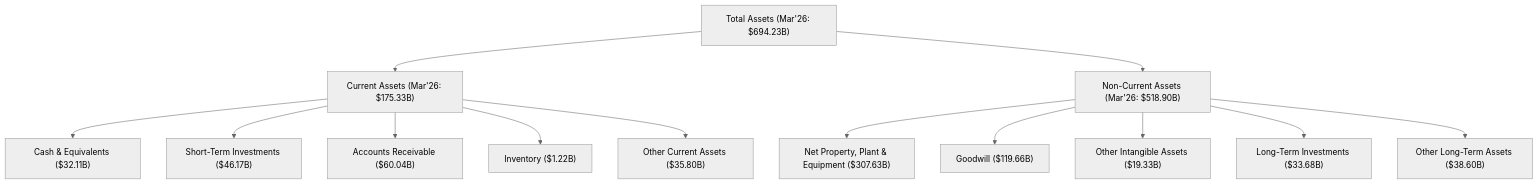
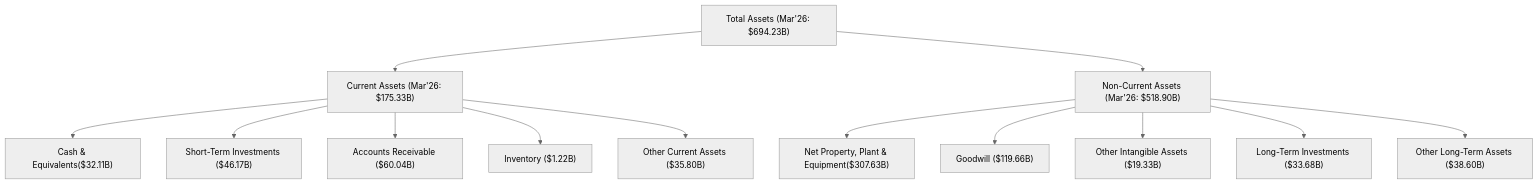
Before and after one commit to yennanliu/finance_data: the eighth of 10 diagrams in ai_gen_report/stock/msft/fundamental_analysis_2026-06-24_gemini-2.md, drawn with Mermaid (neutral theme). The commit also changed 2258 other files, not shown here.

First line of the commit message:
chore: backfill Mermaid syntax repair across existing reports

````diff
--- a/ai_gen_report/stock/msft/fundamental_analysis_2026-06-24_gemini-2.md
+++ b/ai_gen_report/stock/msft/fundamental_analysis_2026-06-24_gemini-2.md
@@ -380,22 +380,22 @@
 ```mermaid
 graph TD
     TA["Total Assets (Mar'26: $694.23B)"]
 
     CA["Current Assets (Mar'26: $175.33B)"]
     NCA["Non-Current Assets (Mar'26: $518.90B)"]
 
-    CA --> CCE["Cash & Equivalents ($32.11B)"]
+    CA --> CCE["Cash & Equivalents($32.11B)"]
     CA --> STI["Short-Term Investments ($46.17B)"]
     CA --> AR["Accounts Receivable ($60.04B)"]
     CA --> INV["Inventory ($1.22B)"]
     CA --> OCA["Other Current Assets ($35.80B)"]
 
-    NCA --> PPNE["Net Property, Plant & Equipment ($307.63B)"]
+    NCA --> PPNE["Net Property, Plant & Equipment($307.63B)"]
     NCA --> GW["Goodwill ($119.66B)"]
     NCA --> OIA["Other Intangible Assets ($19.33B)"]
     NCA --> LTI["Long-Term Investments ($33.68B)"]
     NCA --> OLA["Other Long-Term Assets ($38.60B)"]
 
     TA --> CA
     TA --> NCA
 ```
````
